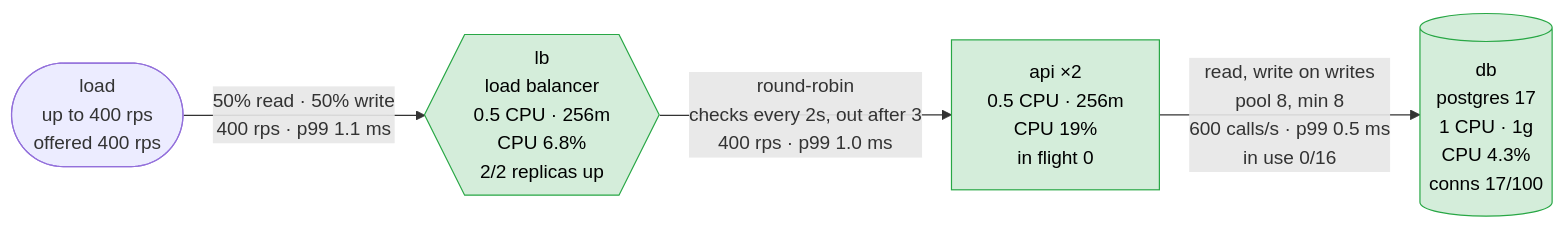
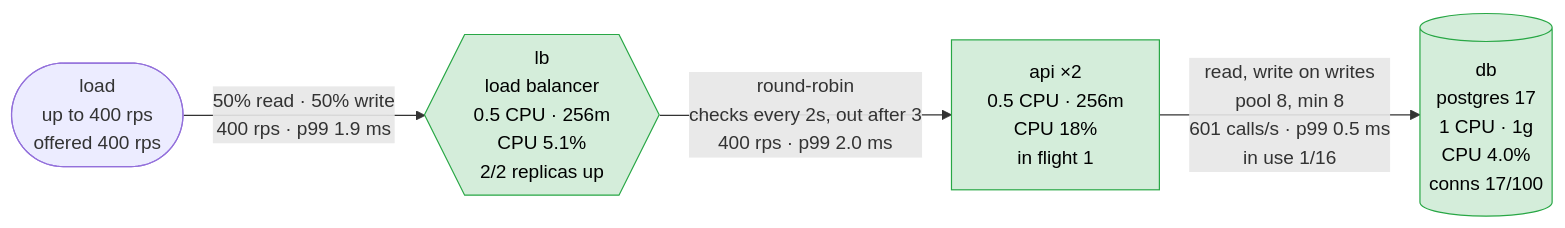
Before and after one commit to akinfemi/load-lore: the first of 5 diagrams in scenarios/slow-disk/solutions/async-commit/report.md, drawn with Mermaid. The commit also changed other lines of this file and 71 other files, not shown here.

````diff
--- a/scenarios/slow-disk/solutions/async-commit/report.md
+++ b/scenarios/slow-disk/solutions/async-commit/report.md
@@ -15,14 +15,14 @@
 ```mermaid
 flowchart LR
     load(["load<br/>up to 400 rps<br/>offered 400 rps"])
-    lb{{"lb<br/>load balancer<br/>0.5 CPU · 256m<br/>CPU 6.8%<br/>2/2 replicas up"}}
-    api["api ×2<br/>0.5 CPU · 256m<br/>CPU 19%<br/>in flight 0"]
-    db[("db<br/>postgres 17<br/>1 CPU · 1g<br/>CPU 4.3%<br/>conns 17/100")]
-    load -->|"50% read · 50% write<br/>400 rps · p99 1.1 ms"| lb
-    lb -->|"round-robin<br/>checks every 2s, out after 3<br/>400 rps · p99 1.0 ms"| api
-    api -->|"read, write on writes<br/>pool 8, min 8<br/>600 calls/s · p99 0.5 ms<br/>in use 0/16"| db
+    lb{{"lb<br/>load balancer<br/>0.5 CPU · 256m<br/>CPU 5.1%<br/>2/2 replicas up"}}
+    api["api ×2<br/>0.5 CPU · 256m<br/>CPU 18%<br/>in flight 1"]
+    db[("db<br/>postgres 17<br/>1 CPU · 1g<br/>CPU 4.0%<br/>conns 17/100")]
+    load -->|"50% read · 50% write<br/>400 rps · p99 1.9 ms"| lb
+    lb -->|"round-robin<br/>checks every 2s, out after 3<br/>400 rps · p99 2.0 ms"| api
+    api -->|"read, write on writes<br/>pool 8, min 8<br/>601 calls/s · p99 0.5 ms<br/>in use 1/16"| db
     classDef ok fill:#d4edda,stroke:#28a745,color:#000
     classDef warm fill:#fff3cd,stroke:#d39e00,color:#000
     classDef hot fill:#f8d7da,stroke:#dc3545,color:#000
     class lb,api,db ok
 ```
````
